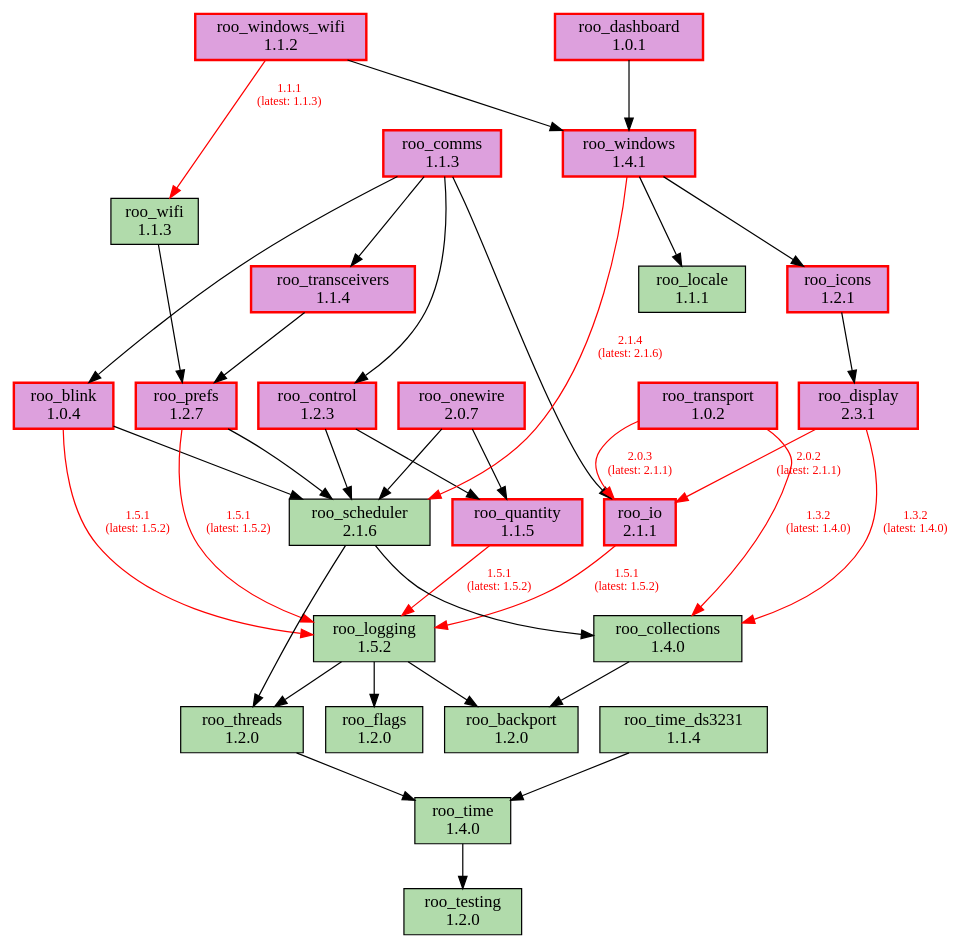
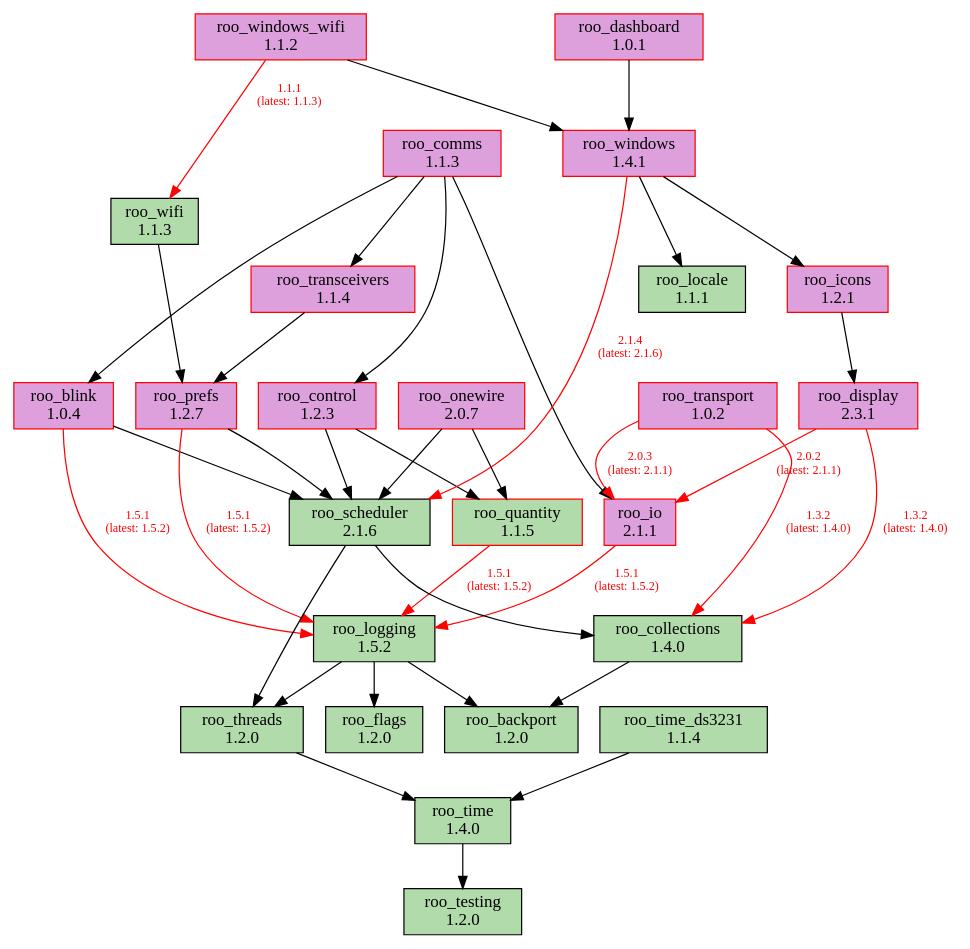
Before and after one commit to dejwk/roo-registry: the diagram in doc/dependencies.dot, drawn with Graphviz. The commit also changed 2 other files, not shown here.

```diff
--- a/doc/dependencies.dot
+++ b/doc/dependencies.dot
@@ -1,70 +1,70 @@
 digraph dependencies {
     rankdir=TB;
     node [shape=box, style=filled];
     edge [fontsize=10];
 
     // Modules
-    "roo_backport" [label="roo_backport\n1.2.0", fillcolor="#b1dbab", color="black", penwidth="1.0"];
-    "roo_blink" [label="roo_blink\n1.0.4", fillcolor="plum", color="red", penwidth="2.0"];
-    "roo_collections" [label="roo_collections\n1.4.0", fillcolor="#b1dbab", color="black", penwidth="1.0"];
-    "roo_comms" [label="roo_comms\n1.1.3", fillcolor="plum", color="red", penwidth="2.0"];
-    "roo_control" [label="roo_control\n1.2.3", fillcolor="plum", color="red", penwidth="2.0"];
-    "roo_dashboard" [label="roo_dashboard\n1.0.1", fillcolor="plum", color="red", penwidth="2.0"];
-    "roo_display" [label="roo_display\n2.3.1", fillcolor="plum", color="red", penwidth="2.0"];
-    "roo_flags" [label="roo_flags\n1.2.0", fillcolor="#b1dbab", color="black", penwidth="1.0"];
-    "roo_icons" [label="roo_icons\n1.2.1", fillcolor="plum", color="red", penwidth="2.0"];
-    "roo_io" [label="roo_io\n2.1.1", fillcolor="plum", color="red", penwidth="2.0"];
-    "roo_locale" [label="roo_locale\n1.1.1", fillcolor="#b1dbab", color="black", penwidth="1.0"];
-    "roo_logging" [label="roo_logging\n1.5.2", fillcolor="#b1dbab", color="black", penwidth="1.0"];
-    "roo_onewire" [label="roo_onewire\n2.0.7", fillcolor="plum", color="red", penwidth="2.0"];
-    "roo_prefs" [label="roo_prefs\n1.2.7", fillcolor="plum", color="red", penwidth="2.0"];
-    "roo_quantity" [label="roo_quantity\n1.1.5", fillcolor="plum", color="red", penwidth="2.0"];
-    "roo_scheduler" [label="roo_scheduler\n2.1.6", fillcolor="#b1dbab", color="black", penwidth="1.0"];
-    "roo_testing" [label="roo_testing\n1.2.0", fillcolor="#b1dbab", color="black", penwidth="1.0"];
-    "roo_threads" [label="roo_threads\n1.2.0", fillcolor="#b1dbab", color="black", penwidth="1.0"];
-    "roo_time" [label="roo_time\n1.4.0", fillcolor="#b1dbab", color="black", penwidth="1.0"];
-    "roo_time_ds3231" [label="roo_time_ds3231\n1.1.4", fillcolor="#b1dbab", color="black", penwidth="1.0"];
-    "roo_transceivers" [label="roo_transceivers\n1.1.4", fillcolor="plum", color="red", penwidth="2.0"];
-    "roo_transport" [label="roo_transport\n1.0.2", fillcolor="plum", color="red", penwidth="2.0"];
-    "roo_wifi" [label="roo_wifi\n1.1.3", fillcolor="#b1dbab", color="black", penwidth="1.0"];
-    "roo_windows" [label="roo_windows\n1.4.1", fillcolor="plum", color="red", penwidth="2.0"];
-    "roo_windows_wifi" [label="roo_windows_wifi\n1.1.2", fillcolor="plum", color="red", penwidth="2.0"];
+    "roo_backport" [label="roo_backport\n1.2.0", fillcolor="#b1dbab", color="black"];
+    "roo_blink" [label="roo_blink\n1.0.4", fillcolor="plum", color="red"];
+    "roo_collections" [label="roo_collections\n1.4.0", fillcolor="#b1dbab", color="black"];
+    "roo_comms" [label="roo_comms\n1.1.3", fillcolor="plum", color="red"];
+    "roo_control" [label="roo_control\n1.2.3", fillcolor="plum", color="red"];
+    "roo_dashboard" [label="roo_dashboard\n1.0.1", fillcolor="plum", color="red"];
+    "roo_display" [label="roo_display\n2.3.1", fillcolor="plum", color="red"];
+    "roo_flags" [label="roo_flags\n1.2.0", fillcolor="#b1dbab", color="black"];
+    "roo_icons" [label="roo_icons\n1.2.1", fillcolor="plum", color="red"];
+    "roo_io" [label="roo_io\n2.1.1", fillcolor="plum", color="red"];
+    "roo_locale" [label="roo_locale\n1.1.1", fillcolor="#b1dbab", color="black"];
+    "roo_logging" [label="roo_logging\n1.5.2", fillcolor="#b1dbab", color="black"];
+    "roo_onewire" [label="roo_onewire\n2.0.7", fillcolor="plum", color="red"];
+    "roo_prefs" [label="roo_prefs\n1.2.7", fillcolor="plum", color="red"];
+    "roo_quantity" [label="roo_quantity\n1.1.5", fillcolor="#b1dbab", color="red"];
+    "roo_scheduler" [label="roo_scheduler\n2.1.6", fillcolor="#b1dbab", color="black"];
+    "roo_testing" [label="roo_testing\n1.2.0", fillcolor="#b1dbab", color="black"];
+    "roo_threads" [label="roo_threads\n1.2.0", fillcolor="#b1dbab", color="black"];
+    "roo_time" [label="roo_time\n1.4.0", fillcolor="#b1dbab", color="black"];
+    "roo_time_ds3231" [label="roo_time_ds3231\n1.1.4", fillcolor="#b1dbab", color="black"];
+    "roo_transceivers" [label="roo_transceivers\n1.1.4", fillcolor="plum", color="red"];
+    "roo_transport" [label="roo_transport\n1.0.2", fillcolor="plum", color="red"];
+    "roo_wifi" [label="roo_wifi\n1.1.3", fillcolor="#b1dbab", color="black"];
+    "roo_windows" [label="roo_windows\n1.4.1", fillcolor="plum", color="red"];
+    "roo_windows_wifi" [label="roo_windows_wifi\n1.1.2", fillcolor="plum", color="red"];
 
     // Dependencies
     "roo_blink" -> "roo_logging" [color=red, fontcolor=red, label="1.5.1\n(latest: 1.5.2)"];
     "roo_blink" -> "roo_scheduler";
     "roo_collections" -> "roo_backport";
     "roo_comms" -> "roo_blink";
     "roo_comms" -> "roo_control";
     "roo_comms" -> "roo_io";
     "roo_comms" -> "roo_transceivers";
     "roo_control" -> "roo_quantity";
     "roo_control" -> "roo_scheduler";
     "roo_dashboard" -> "roo_windows";
     "roo_display" -> "roo_collections" [color=red, fontcolor=red, label="1.3.2\n(latest: 1.4.0)"];
     "roo_display" -> "roo_io" [color=red, fontcolor=red, label="2.0.2\n(latest: 2.1.1)"];
     "roo_icons" -> "roo_display";
     "roo_io" -> "roo_logging" [color=red, fontcolor=red, label="1.5.1\n(latest: 1.5.2)"];
     "roo_logging" -> "roo_backport";
     "roo_logging" -> "roo_flags";
     "roo_logging" -> "roo_threads";
     "roo_onewire" -> "roo_scheduler";
     "roo_onewire" -> "roo_quantity";
     "roo_prefs" -> "roo_logging" [color=red, fontcolor=red, label="1.5.1\n(latest: 1.5.2)"];
     "roo_prefs" -> "roo_scheduler";
     "roo_quantity" -> "roo_logging" [color=red, fontcolor=red, label="1.5.1\n(latest: 1.5.2)"];
     "roo_scheduler" -> "roo_collections";
     "roo_scheduler" -> "roo_threads";
     "roo_threads" -> "roo_time";
     "roo_time" -> "roo_testing";
     "roo_time_ds3231" -> "roo_time";
     "roo_transceivers" -> "roo_prefs";
     "roo_transport" -> "roo_collections" [color=red, fontcolor=red, label="1.3.2\n(latest: 1.4.0)"];
     "roo_transport" -> "roo_io" [color=red, fontcolor=red, label="2.0.3\n(latest: 2.1.1)"];
     "roo_wifi" -> "roo_prefs";
     "roo_windows" -> "roo_locale";
     "roo_windows" -> "roo_icons";
     "roo_windows" -> "roo_scheduler" [color=red, fontcolor=red, label="2.1.4\n(latest: 2.1.6)"];
     "roo_windows_wifi" -> "roo_wifi" [color=red, fontcolor=red, label="1.1.1\n(latest: 1.1.3)"];
     "roo_windows_wifi" -> "roo_windows";
 }
```
